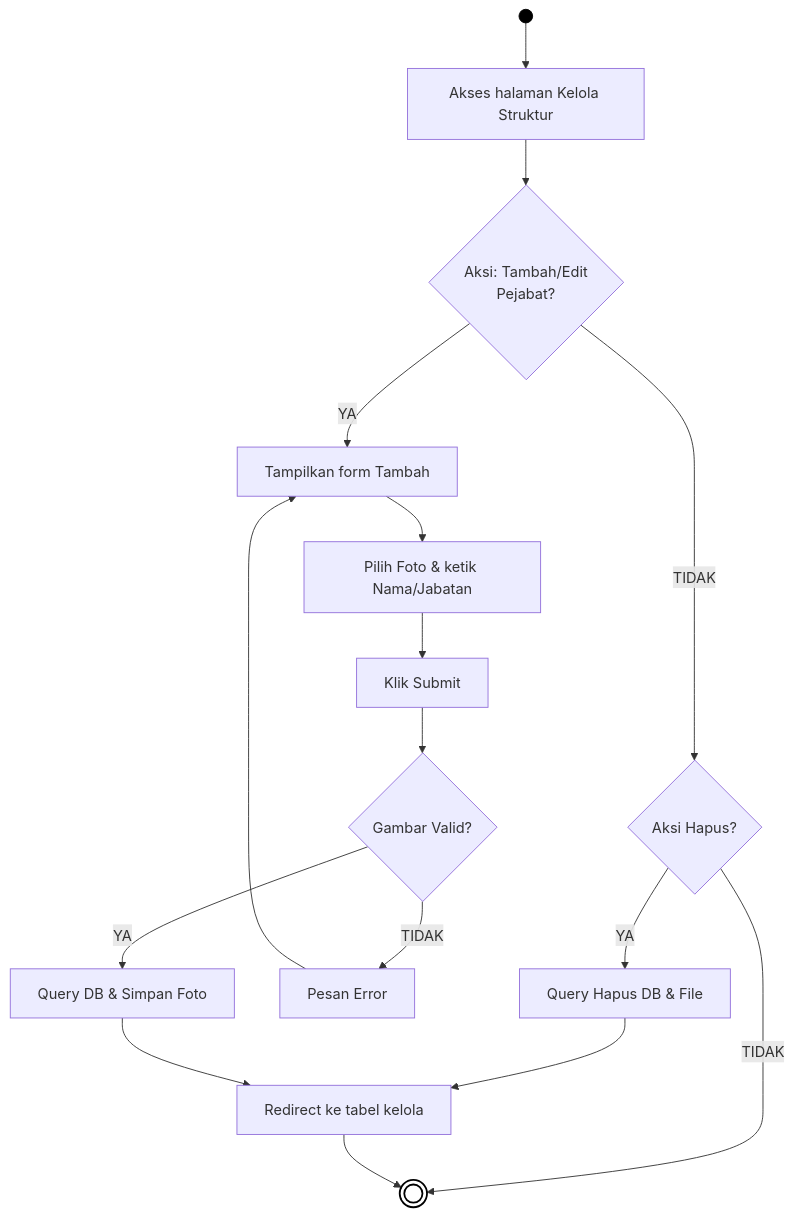
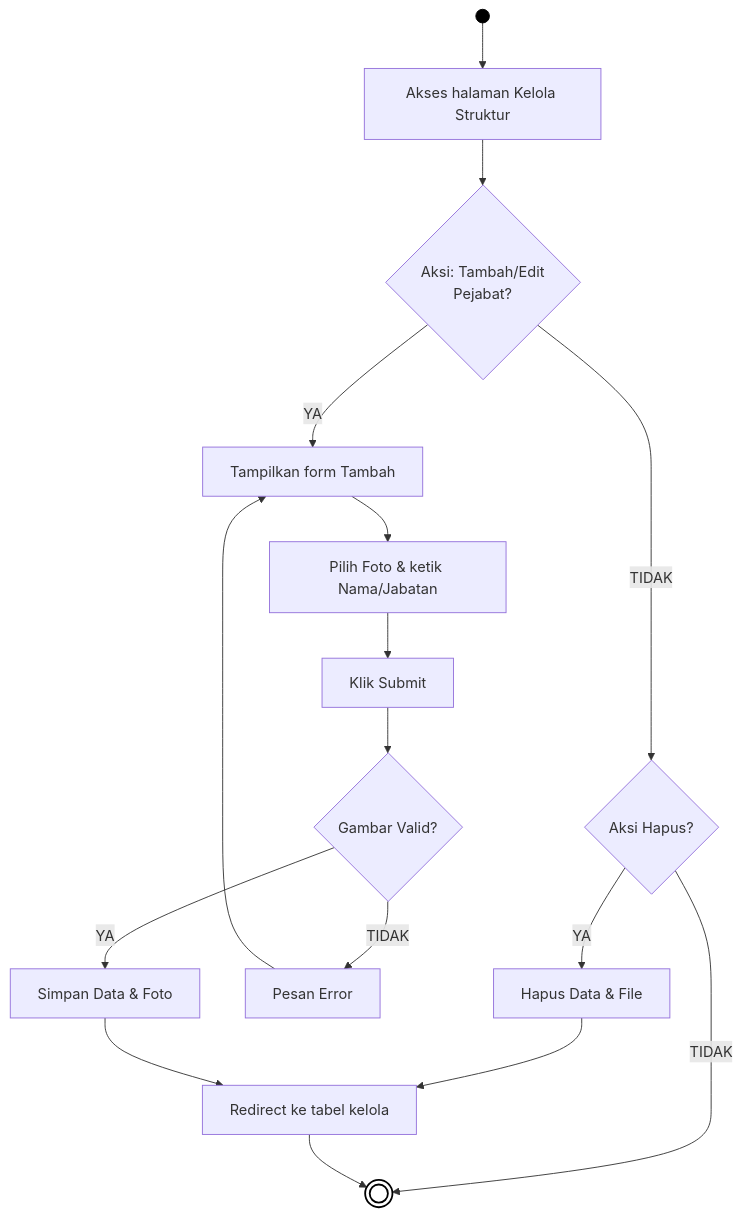
The third of 5 diagrams in docs/01_DIAGRAM_AKTIVITAS.md (arbain-dev/Web_fikom), drawn with Mermaid before and after one commit. The commit also changed other lines of this file, not shown here.

Commit message:
docs: menyederhanakan istilah Query DB pada diagram aktivitas

````diff
--- a/docs/01_DIAGRAM_AKTIVITAS.md
+++ b/docs/01_DIAGRAM_AKTIVITAS.md
@@ -82,26 +82,26 @@
 ```mermaid
 flowchart TD
     Start(( )) --> A[Akses halaman Kelola Struktur]
     
     A --> B{Aksi: Tambah/Edit\nPejabat?}
     
     B -- TIDAK --> Hapus{Aksi Hapus?}
-    Hapus -- YA --> HC[Query Hapus DB & File]
+    Hapus -- YA --> HC[Hapus Data & File]
     Hapus -- TIDAK --> End((( )))
     HC --> I[Redirect ke tabel kelola]
     
     B -- YA --> C[Tampilkan form Tambah]
     C --> D[Pilih Foto & ketik Nama/Jabatan]
     D --> E[Klik Submit]
     E --> F{Gambar Valid?}
     
     F -- TIDAK --> G[Pesan Error]
     G --> C
     
-    F -- YA --> H[Query DB & Simpan Foto]
+    F -- YA --> H[Simpan Data & Foto]
     H --> I
     I --> End
     
     style Start fill:#000,stroke:#000,color:#000
     style End fill:#fff,stroke:#000,stroke-width:2px
 ```
````
